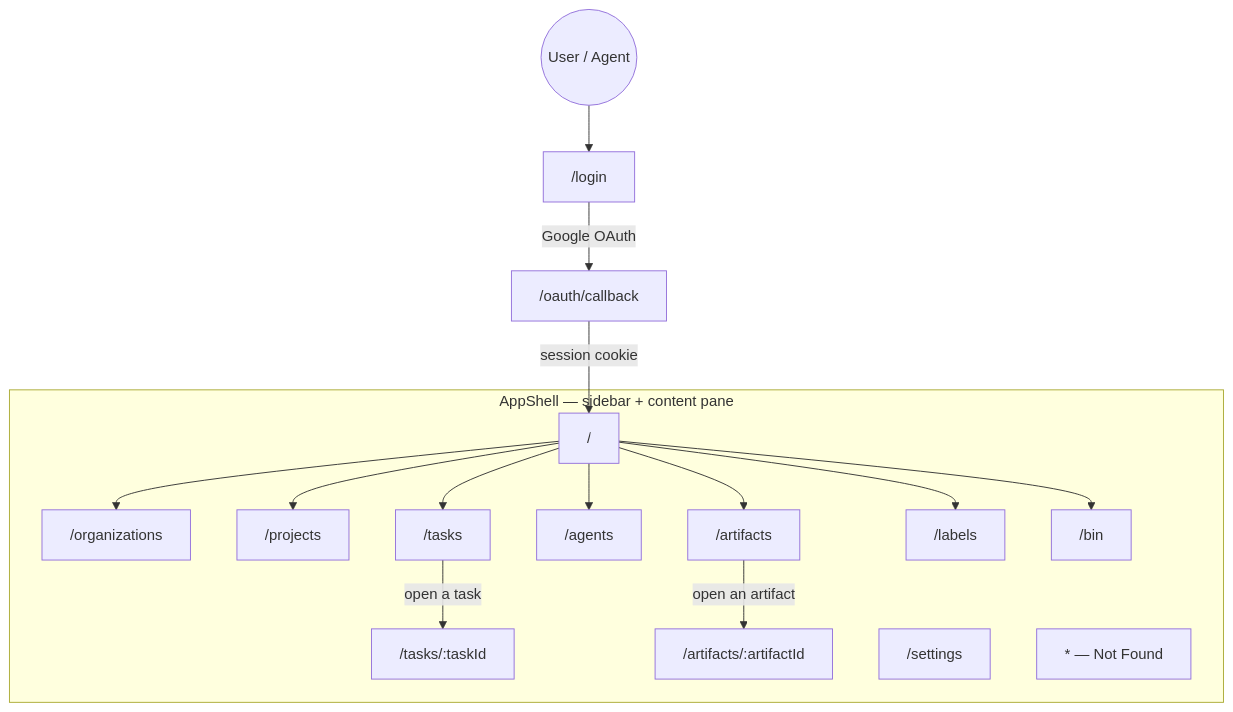
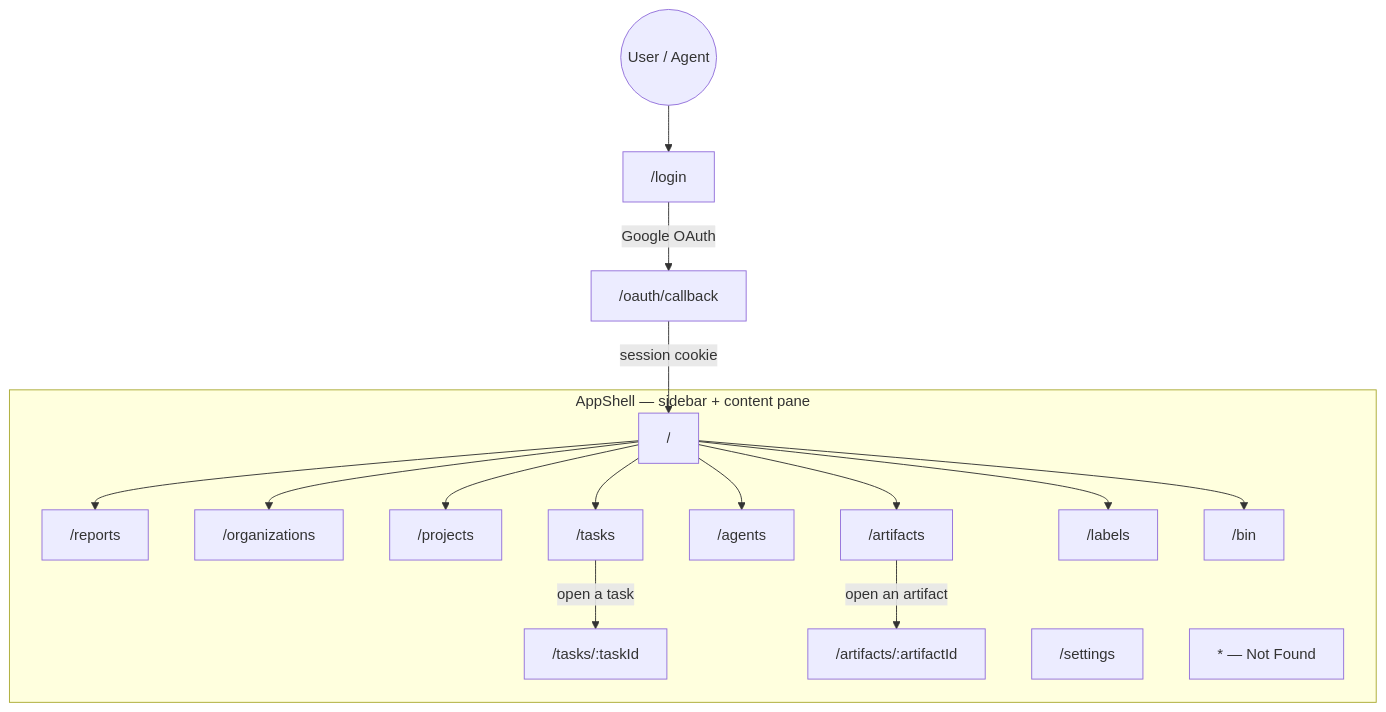
Before and after one commit to huyz0/tasker: the diagram in .specs/design/NAVIGATION.md, drawn with Mermaid. The commit also changed other lines of this file and 5 other files, not shown here.

````diff
--- a/.specs/design/NAVIGATION.md
+++ b/.specs/design/NAVIGATION.md
@@ -16,32 +16,34 @@
 ```mermaid
 graph TD
     Entry((User / Agent)) --> Login["/login"]
     Login -->|Google OAuth| Callback["/oauth/callback"]
     Callback -->|session cookie| Root["/"]
 
     subgraph Shell["AppShell — sidebar + content pane"]
         Root
+        Reports["/reports"]
         Orgs["/organizations"]
         Projects["/projects"]
         Tasks["/tasks"]
         TaskDetail["/tasks/:taskId"]
         Agents["/agents"]
         Artifacts["/artifacts"]
         ArtifactDetail["/artifacts/:artifactId"]
         Labels["/labels"]
         Bin["/bin"]
         Settings["/settings"]
         NotFound["* — Not Found"]
     end
 
+    Root --> Reports
     Root --> Orgs
     Root --> Projects
     Root --> Tasks
     Root --> Agents
     Root --> Artifacts
     Root --> Labels
     Root --> Bin
 
     Tasks -->|open a task| TaskDetail
     Artifacts -->|open an artifact| ArtifactDetail
 ```
````
